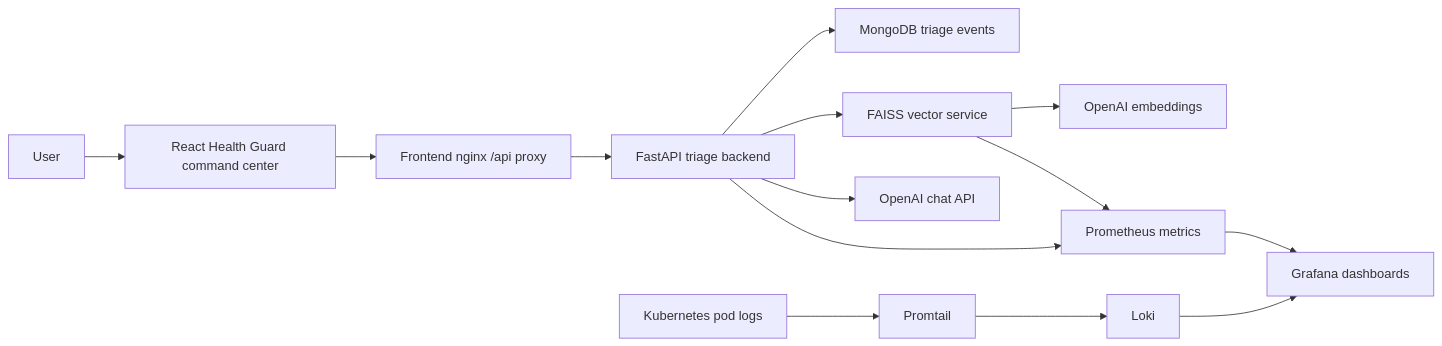
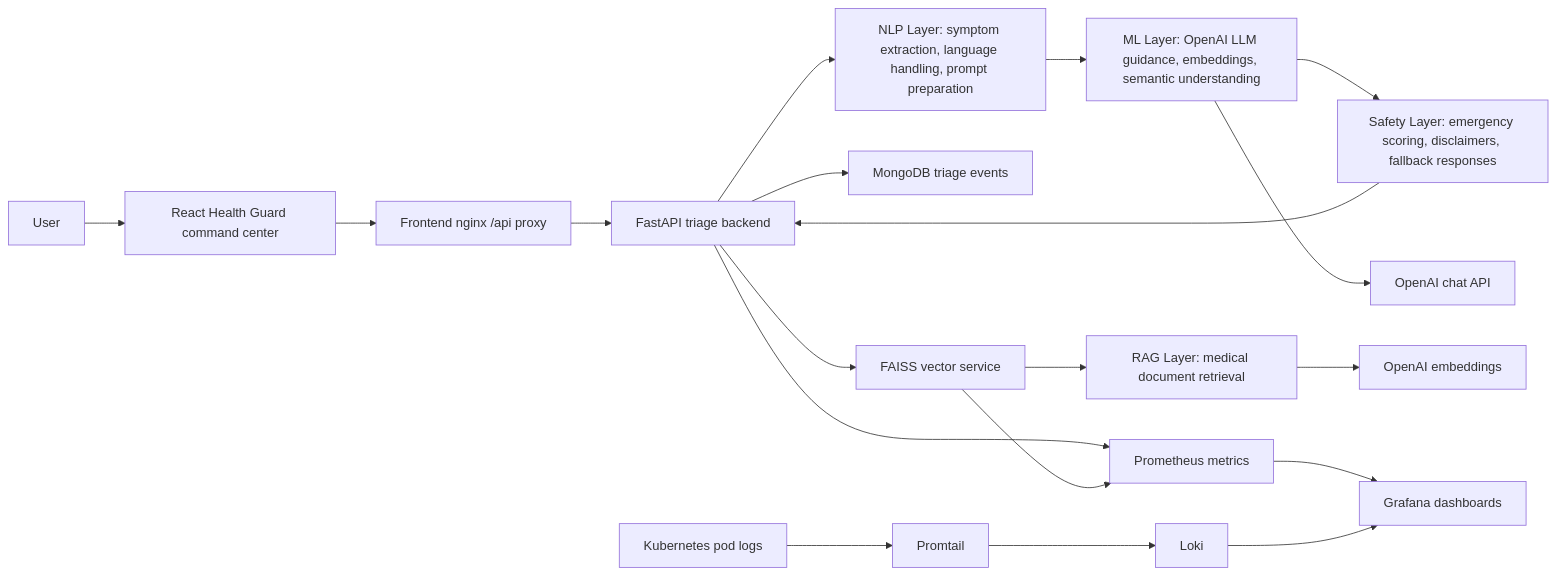
The diagram in README.md (Rengoku9000/Pulse-AI), drawn with Mermaid before and after one commit. The commit also changed other lines of this file, not shown here.

Commit message:
Document NLP and ML architecture layers

````diff
--- a/README.md
+++ b/README.md
@@ -29,14 +29,19 @@
 ```mermaid
 flowchart LR
   U["User"] --> FE["React Health Guard command center"]
   FE --> NGINX["Frontend nginx /api proxy"]
   NGINX --> BE["FastAPI triage backend"]
+  BE --> NLP["NLP Layer: symptom extraction, language handling, prompt preparation"]
+  NLP --> ML["ML Layer: OpenAI LLM guidance, embeddings, semantic understanding"]
+  ML --> Safety["Safety Layer: emergency scoring, disclaimers, fallback responses"]
+  Safety --> BE
   BE --> M["MongoDB triage events"]
   BE --> VS["FAISS vector service"]
-  VS --> OAIEmbed["OpenAI embeddings"]
-  BE --> OAIChat["OpenAI chat API"]
+  VS --> RAG["RAG Layer: medical document retrieval"]
+  RAG --> OAIEmbed["OpenAI embeddings"]
+  ML --> OAIChat["OpenAI chat API"]
   BE --> PM["Prometheus metrics"]
   VS --> PM
   PM --> G["Grafana dashboards"]
   Pods["Kubernetes pod logs"] --> PT["Promtail"] --> L["Loki"] --> G
 ```
````
